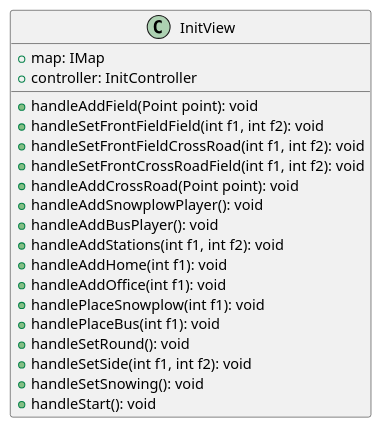
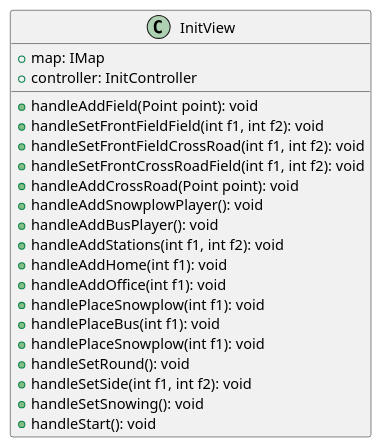
The diagram in docs/graphics/class/IntiView.plantuml (uhrinandor/spring), drawn with PlantUML before and after one commit. The commit also changed 3 other files, not shown here.

```diff
--- a/docs/graphics/class/IntiView.plantuml
+++ b/docs/graphics/class/IntiView.plantuml
@@ -1,22 +1,23 @@
 class InitView{
     + map: IMap
     + controller: InitController
 
     
     + handleAddField(Point point): void
     + handleSetFrontFieldField(int f1, int f2): void
     + handleSetFrontFieldCrossRoad(int f1, int f2): void
     + handleSetFrontCrossRoadField(int f1, int f2): void
     + handleAddCrossRoad(Point point): void
     + handleAddSnowplowPlayer(): void
     + handleAddBusPlayer(): void
     + handleAddStations(int f1, int f2): void
     + handleAddHome(int f1): void
     + handleAddOffice(int f1): void
     + handlePlaceSnowplow(int f1): void
     + handlePlaceBus(int f1): void
+    + handlePlaceSnowplow(int f1): void
     + handleSetRound(): void
     + handleSetSide(int f1, int f2): void
     + handleSetSnowing(): void
     + handleStart(): void
 }
```
